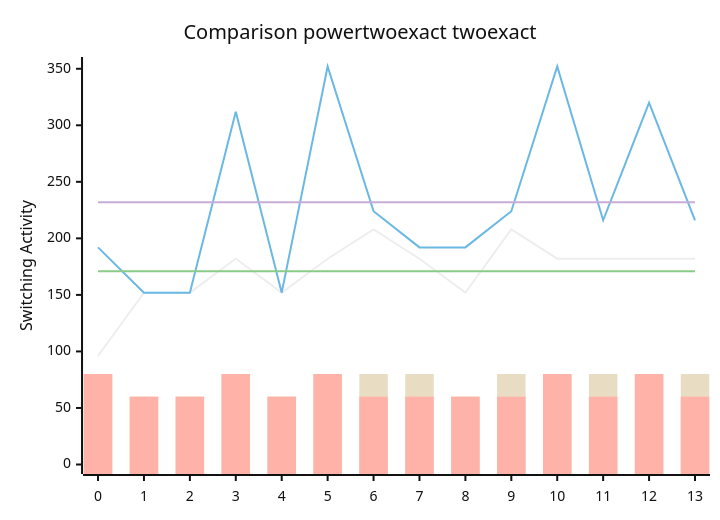
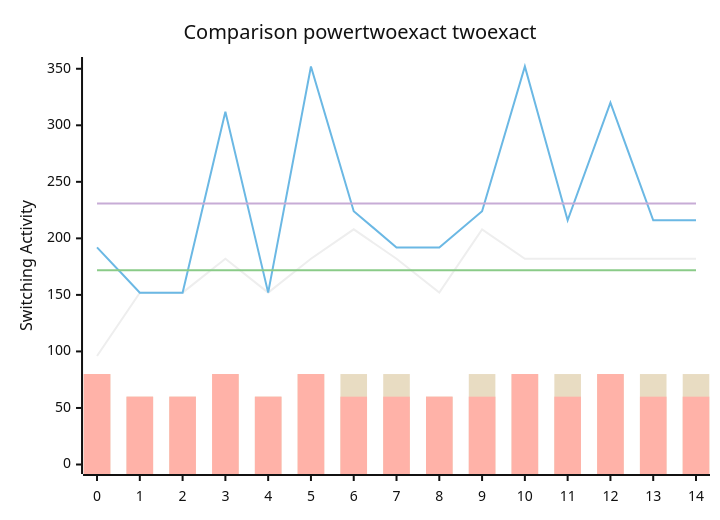
One commit to FeldmeierMichael/Exact-Power-Synthesis changed the diagram in benchmark.md. Above: the diagram before and after it, drawn with Mermaid (neutral theme). The commit also changed other lines of this file and 2 other files, not shown here.

````diff
--- a/benchmark.md
+++ b/benchmark.md
@@ -29,12 +31,12 @@
 ```mermaid
 xychart-beta
     title "Comparison powertwoexact twoexact"
-    x-axis [0, 1, 2, 3, 4, 5, 6, 7, 8, 9, 10, 11, 12, 13]
+    x-axis [0, 1, 2, 3, 4, 5, 6, 7, 8, 9, 10, 11, 12, 13, 14]
     y-axis "Switching Activity" 0-->352
-    line [96, 152, 152, 182, 152, 182, 208, 182, 152, 208, 182, 182, 182, 182]
-    line [192, 152, 152, 312, 152, 352, 224, 192, 192, 224, 352, 216, 320, 216]
-    line [171.0, 171.0, 171.0, 171.0, 171.0, 171.0, 171.0, 171.0, 171.0, 171.0, 171.0, 171.0, 171.0, 171.0]
-    line [232.0, 232.0, 232.0, 232.0, 232.0, 232.0, 232.0, 232.0, 232.0, 232.0, 232.0, 232.0, 232.0, 232.0]
-    bar [80, 60, 60, 80, 60, 80, 80, 80, 60, 80, 80, 80, 80, 80]
-    bar [80, 60, 60, 80, 60, 80, 60, 60, 60, 60, 80, 60, 80, 60]
+    line [96, 152, 152, 182, 152, 182, 208, 182, 152, 208, 182, 182, 182, 182, 182]
+    line [192, 152, 152, 312, 152, 352, 224, 192, 192, 224, 352, 216, 320, 216, 216]
+    line [171.73333333333332, 171.73333333333332, 171.73333333333332, 171.73333333333332, 171.73333333333332, 171.73333333333332, 171.73333333333332, 171.73333333333332, 171.73333333333332, 171.73333333333332, 171.73333333333332, 171.73333333333332, 171.73333333333332, 171.73333333333332, 171.73333333333332]
+    line [230.93333333333334, 230.93333333333334, 230.93333333333334, 230.93333333333334, 230.93333333333334, 230.93333333333334, 230.93333333333334, 230.93333333333334, 230.93333333333334, 230.93333333333334, 230.93333333333334, 230.93333333333334, 230.93333333333334, 230.93333333333334, 230.93333333333334]
+    bar [80, 60, 60, 80, 60, 80, 80, 80, 60, 80, 80, 80, 80, 80, 80]
+    bar [80, 60, 60, 80, 60, 80, 60, 60, 60, 60, 80, 60, 80, 60, 60]
 ```
````
